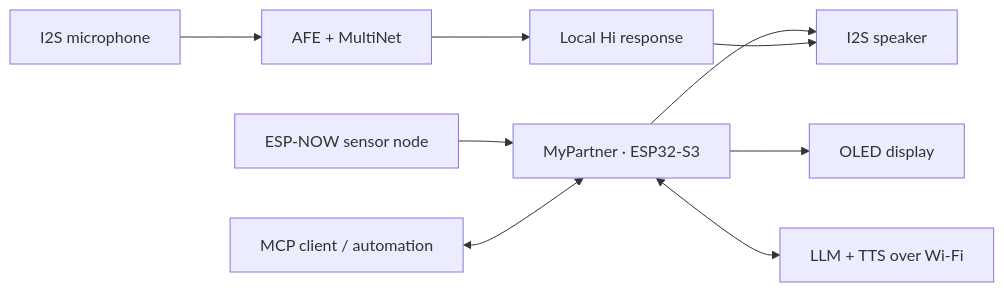
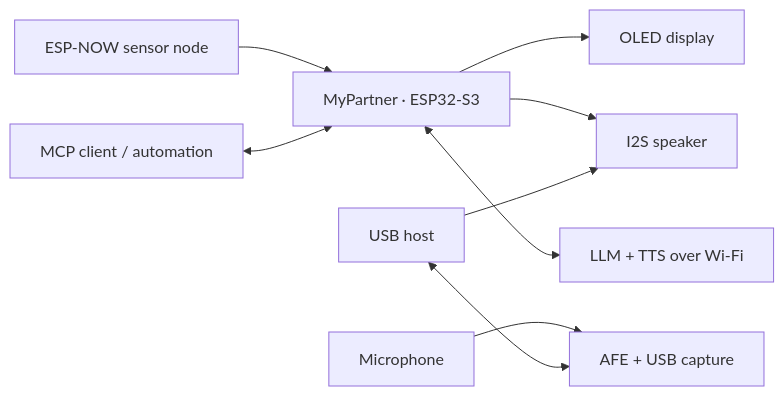
The diagram in README.md (jahrulnr/ESP32-MyPartner), drawn with Mermaid before and after one commit. The commit also changed other lines of this file and 21 other files, not shown here.

First line of the commit message:
refactor: replace local voice recognition with USB media device functionality

````diff
--- a/README.md
+++ b/README.md
@@ -52,11 +50,11 @@
 ```mermaid
 flowchart LR
-    Mic[I2S microphone] --> Voice[AFE + MultiNet]
-    Voice --> Greeting[Local Hi response]
+    Mic[Microphone] --> Voice[AFE + USB capture]
     Node[ESP-NOW sensor node] --> Partner[MyPartner · ESP32-S3]
     Partner --> OLED[OLED display]
     Partner --> Speaker[I2S speaker]
-    Greeting --> Speaker
+    Host[USB host] <--> Voice
+    Host --> Speaker
     Partner <--> Cloud[LLM + TTS over Wi-Fi]
     Client[MCP client / automation] <--> Partner
 ```
````
